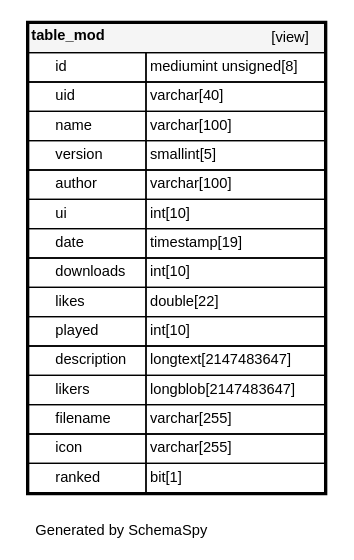
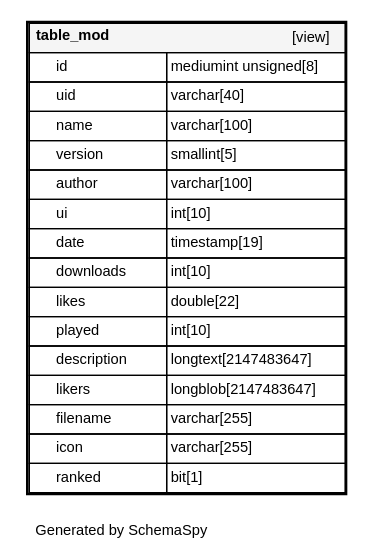
One commit to ta-forever/db changed the diagram in diagrams/tables/table_mod.1degree.dot. Above: the diagram before and after it, drawn with Graphviz. The commit also changed 596 other files, not shown here.

```diff
--- a/diagrams/tables/table_mod.1degree.dot
+++ b/diagrams/tables/table_mod.1degree.dot
@@ -1,27 +1,27 @@
 digraph "oneDegreeRelationshipsDiagram" {
-  graph [    rankdir="RL"    bgcolor="#ffffff"    label="\nGenerated by SchemaSpy"    labeljust="l"    nodesep="0.18"    ranksep="0.46"    fontname="Helvetica"    fontsize="11"    ration="compress"  ];  node [    fontname="Helvetica"    fontsize="11"    shape="plaintext"  ];  edge [    arrowsize="0.8"  ];
+  graph [    rankdir="RL"    bgcolor="#ffffff"    label="\nGenerated by SchemaSpy"    labeljust="l"    nodesep="0.18"    ranksep="0.46"    fontname="Helvetica"    fontsize="11"    packmode="graph"  ];  node [    fontname="Helvetica"    fontsize="11"    shape="plaintext"  ];  edge [    arrowsize="0.8"  ];
   "table_mod" [
    label=<
     <TABLE BORDER="2" CELLBORDER="1" CELLSPACING="0" BGCOLOR="#ffffff">
-      <TR><TD COLSPAN="4"  BGCOLOR="#f5f5f5"><TABLE BORDER="0" CELLSPACING="0"><TR><TD ALIGN="LEFT" FIXEDSIZE="TRUE" WIDTH="62" HEIGHT="16"><B>table_mod</B></TD><TD ALIGN="RIGHT">[view]</TD></TR></TABLE></TD></TR>
-      <TR><TD PORT="id" COLSPAN="2" ALIGN="LEFT"><TABLE BORDER="0" CELLSPACING="0" ALIGN="LEFT"><TR ALIGN="LEFT"><TD ALIGN="LEFT" FIXEDSIZE="TRUE" WIDTH="15" HEIGHT="16"></TD><TD ALIGN="LEFT" FIXEDSIZE="TRUE" WIDTH="67" HEIGHT="16">id</TD></TR></TABLE></TD><TD PORT="id.type" ALIGN="LEFT">mediumint unsigned[8]</TD></TR>
-      <TR><TD PORT="uid" COLSPAN="2" ALIGN="LEFT"><TABLE BORDER="0" CELLSPACING="0" ALIGN="LEFT"><TR ALIGN="LEFT"><TD ALIGN="LEFT" FIXEDSIZE="TRUE" WIDTH="15" HEIGHT="16"></TD><TD ALIGN="LEFT" FIXEDSIZE="TRUE" WIDTH="67" HEIGHT="16">uid</TD></TR></TABLE></TD><TD PORT="uid.type" ALIGN="LEFT">varchar[40]</TD></TR>
-      <TR><TD PORT="name" COLSPAN="2" ALIGN="LEFT"><TABLE BORDER="0" CELLSPACING="0" ALIGN="LEFT"><TR ALIGN="LEFT"><TD ALIGN="LEFT" FIXEDSIZE="TRUE" WIDTH="15" HEIGHT="16"></TD><TD ALIGN="LEFT" FIXEDSIZE="TRUE" WIDTH="67" HEIGHT="16">name</TD></TR></TABLE></TD><TD PORT="name.type" ALIGN="LEFT">varchar[100]</TD></TR>
-      <TR><TD PORT="version" COLSPAN="2" ALIGN="LEFT"><TABLE BORDER="0" CELLSPACING="0" ALIGN="LEFT"><TR ALIGN="LEFT"><TD ALIGN="LEFT" FIXEDSIZE="TRUE" WIDTH="15" HEIGHT="16"></TD><TD ALIGN="LEFT" FIXEDSIZE="TRUE" WIDTH="67" HEIGHT="16">version</TD></TR></TABLE></TD><TD PORT="version.type" ALIGN="LEFT">smallint[5]</TD></TR>
-      <TR><TD PORT="author" COLSPAN="2" ALIGN="LEFT"><TABLE BORDER="0" CELLSPACING="0" ALIGN="LEFT"><TR ALIGN="LEFT"><TD ALIGN="LEFT" FIXEDSIZE="TRUE" WIDTH="15" HEIGHT="16"></TD><TD ALIGN="LEFT" FIXEDSIZE="TRUE" WIDTH="67" HEIGHT="16">author</TD></TR></TABLE></TD><TD PORT="author.type" ALIGN="LEFT">varchar[100]</TD></TR>
-      <TR><TD PORT="ui" COLSPAN="2" ALIGN="LEFT"><TABLE BORDER="0" CELLSPACING="0" ALIGN="LEFT"><TR ALIGN="LEFT"><TD ALIGN="LEFT" FIXEDSIZE="TRUE" WIDTH="15" HEIGHT="16"></TD><TD ALIGN="LEFT" FIXEDSIZE="TRUE" WIDTH="67" HEIGHT="16">ui</TD></TR></TABLE></TD><TD PORT="ui.type" ALIGN="LEFT">int[10]</TD></TR>
-      <TR><TD PORT="date" COLSPAN="2" ALIGN="LEFT"><TABLE BORDER="0" CELLSPACING="0" ALIGN="LEFT"><TR ALIGN="LEFT"><TD ALIGN="LEFT" FIXEDSIZE="TRUE" WIDTH="15" HEIGHT="16"></TD><TD ALIGN="LEFT" FIXEDSIZE="TRUE" WIDTH="67" HEIGHT="16">date</TD></TR></TABLE></TD><TD PORT="date.type" ALIGN="LEFT">timestamp[19]</TD></TR>
-      <TR><TD PORT="downloads" COLSPAN="2" ALIGN="LEFT"><TABLE BORDER="0" CELLSPACING="0" ALIGN="LEFT"><TR ALIGN="LEFT"><TD ALIGN="LEFT" FIXEDSIZE="TRUE" WIDTH="15" HEIGHT="16"></TD><TD ALIGN="LEFT" FIXEDSIZE="TRUE" WIDTH="67" HEIGHT="16">downloads</TD></TR></TABLE></TD><TD PORT="downloads.type" ALIGN="LEFT">int[10]</TD></TR>
-      <TR><TD PORT="likes" COLSPAN="2" ALIGN="LEFT"><TABLE BORDER="0" CELLSPACING="0" ALIGN="LEFT"><TR ALIGN="LEFT"><TD ALIGN="LEFT" FIXEDSIZE="TRUE" WIDTH="15" HEIGHT="16"></TD><TD ALIGN="LEFT" FIXEDSIZE="TRUE" WIDTH="67" HEIGHT="16">likes</TD></TR></TABLE></TD><TD PORT="likes.type" ALIGN="LEFT">double[22]</TD></TR>
-      <TR><TD PORT="played" COLSPAN="2" ALIGN="LEFT"><TABLE BORDER="0" CELLSPACING="0" ALIGN="LEFT"><TR ALIGN="LEFT"><TD ALIGN="LEFT" FIXEDSIZE="TRUE" WIDTH="15" HEIGHT="16"></TD><TD ALIGN="LEFT" FIXEDSIZE="TRUE" WIDTH="67" HEIGHT="16">played</TD></TR></TABLE></TD><TD PORT="played.type" ALIGN="LEFT">int[10]</TD></TR>
-      <TR><TD PORT="description" COLSPAN="2" ALIGN="LEFT"><TABLE BORDER="0" CELLSPACING="0" ALIGN="LEFT"><TR ALIGN="LEFT"><TD ALIGN="LEFT" FIXEDSIZE="TRUE" WIDTH="15" HEIGHT="16"></TD><TD ALIGN="LEFT" FIXEDSIZE="TRUE" WIDTH="67" HEIGHT="16">description</TD></TR></TABLE></TD><TD PORT="description.type" ALIGN="LEFT">longtext[2147483647]</TD></TR>
-      <TR><TD PORT="likers" COLSPAN="2" ALIGN="LEFT"><TABLE BORDER="0" CELLSPACING="0" ALIGN="LEFT"><TR ALIGN="LEFT"><TD ALIGN="LEFT" FIXEDSIZE="TRUE" WIDTH="15" HEIGHT="16"></TD><TD ALIGN="LEFT" FIXEDSIZE="TRUE" WIDTH="67" HEIGHT="16">likers</TD></TR></TABLE></TD><TD PORT="likers.type" ALIGN="LEFT">longblob[2147483647]</TD></TR>
-      <TR><TD PORT="filename" COLSPAN="2" ALIGN="LEFT"><TABLE BORDER="0" CELLSPACING="0" ALIGN="LEFT"><TR ALIGN="LEFT"><TD ALIGN="LEFT" FIXEDSIZE="TRUE" WIDTH="15" HEIGHT="16"></TD><TD ALIGN="LEFT" FIXEDSIZE="TRUE" WIDTH="67" HEIGHT="16">filename</TD></TR></TABLE></TD><TD PORT="filename.type" ALIGN="LEFT">varchar[255]</TD></TR>
-      <TR><TD PORT="icon" COLSPAN="2" ALIGN="LEFT"><TABLE BORDER="0" CELLSPACING="0" ALIGN="LEFT"><TR ALIGN="LEFT"><TD ALIGN="LEFT" FIXEDSIZE="TRUE" WIDTH="15" HEIGHT="16"></TD><TD ALIGN="LEFT" FIXEDSIZE="TRUE" WIDTH="67" HEIGHT="16">icon</TD></TR></TABLE></TD><TD PORT="icon.type" ALIGN="LEFT">varchar[255]</TD></TR>
-      <TR><TD PORT="ranked" COLSPAN="2" ALIGN="LEFT"><TABLE BORDER="0" CELLSPACING="0" ALIGN="LEFT"><TR ALIGN="LEFT"><TD ALIGN="LEFT" FIXEDSIZE="TRUE" WIDTH="15" HEIGHT="16"></TD><TD ALIGN="LEFT" FIXEDSIZE="TRUE" WIDTH="67" HEIGHT="16">ranked</TD></TR></TABLE></TD><TD PORT="ranked.type" ALIGN="LEFT">bit[1]</TD></TR>
+      <TR><TD COLSPAN="4"  BGCOLOR="#f5f5f5"><TABLE BORDER="0" CELLSPACING="0"><TR><TD ALIGN="LEFT" FIXEDSIZE="TRUE" WIDTH="75" HEIGHT="16"><B>table_mod</B></TD><TD ALIGN="RIGHT">[view]</TD></TR></TABLE></TD></TR>
+      <TR><TD PORT="id" COLSPAN="2" ALIGN="LEFT"><TABLE BORDER="0" CELLSPACING="0" ALIGN="LEFT"><TR ALIGN="LEFT"><TD ALIGN="LEFT" FIXEDSIZE="TRUE" WIDTH="15" HEIGHT="16"></TD><TD ALIGN="LEFT" FIXEDSIZE="TRUE" WIDTH="82" HEIGHT="16">id</TD></TR></TABLE></TD><TD PORT="id.type" ALIGN="LEFT">mediumint unsigned[8]</TD></TR>
+      <TR><TD PORT="uid" COLSPAN="2" ALIGN="LEFT"><TABLE BORDER="0" CELLSPACING="0" ALIGN="LEFT"><TR ALIGN="LEFT"><TD ALIGN="LEFT" FIXEDSIZE="TRUE" WIDTH="15" HEIGHT="16"></TD><TD ALIGN="LEFT" FIXEDSIZE="TRUE" WIDTH="82" HEIGHT="16">uid</TD></TR></TABLE></TD><TD PORT="uid.type" ALIGN="LEFT">varchar[40]</TD></TR>
+      <TR><TD PORT="name" COLSPAN="2" ALIGN="LEFT"><TABLE BORDER="0" CELLSPACING="0" ALIGN="LEFT"><TR ALIGN="LEFT"><TD ALIGN="LEFT" FIXEDSIZE="TRUE" WIDTH="15" HEIGHT="16"></TD><TD ALIGN="LEFT" FIXEDSIZE="TRUE" WIDTH="82" HEIGHT="16">name</TD></TR></TABLE></TD><TD PORT="name.type" ALIGN="LEFT">varchar[100]</TD></TR>
+      <TR><TD PORT="version" COLSPAN="2" ALIGN="LEFT"><TABLE BORDER="0" CELLSPACING="0" ALIGN="LEFT"><TR ALIGN="LEFT"><TD ALIGN="LEFT" FIXEDSIZE="TRUE" WIDTH="15" HEIGHT="16"></TD><TD ALIGN="LEFT" FIXEDSIZE="TRUE" WIDTH="82" HEIGHT="16">version</TD></TR></TABLE></TD><TD PORT="version.type" ALIGN="LEFT">smallint[5]</TD></TR>
+      <TR><TD PORT="author" COLSPAN="2" ALIGN="LEFT"><TABLE BORDER="0" CELLSPACING="0" ALIGN="LEFT"><TR ALIGN="LEFT"><TD ALIGN="LEFT" FIXEDSIZE="TRUE" WIDTH="15" HEIGHT="16"></TD><TD ALIGN="LEFT" FIXEDSIZE="TRUE" WIDTH="82" HEIGHT="16">author</TD></TR></TABLE></TD><TD PORT="author.type" ALIGN="LEFT">varchar[100]</TD></TR>
+      <TR><TD PORT="ui" COLSPAN="2" ALIGN="LEFT"><TABLE BORDER="0" CELLSPACING="0" ALIGN="LEFT"><TR ALIGN="LEFT"><TD ALIGN="LEFT" FIXEDSIZE="TRUE" WIDTH="15" HEIGHT="16"></TD><TD ALIGN="LEFT" FIXEDSIZE="TRUE" WIDTH="82" HEIGHT="16">ui</TD></TR></TABLE></TD><TD PORT="ui.type" ALIGN="LEFT">int[10]</TD></TR>
+      <TR><TD PORT="date" COLSPAN="2" ALIGN="LEFT"><TABLE BORDER="0" CELLSPACING="0" ALIGN="LEFT"><TR ALIGN="LEFT"><TD ALIGN="LEFT" FIXEDSIZE="TRUE" WIDTH="15" HEIGHT="16"></TD><TD ALIGN="LEFT" FIXEDSIZE="TRUE" WIDTH="82" HEIGHT="16">date</TD></TR></TABLE></TD><TD PORT="date.type" ALIGN="LEFT">timestamp[19]</TD></TR>
+      <TR><TD PORT="downloads" COLSPAN="2" ALIGN="LEFT"><TABLE BORDER="0" CELLSPACING="0" ALIGN="LEFT"><TR ALIGN="LEFT"><TD ALIGN="LEFT" FIXEDSIZE="TRUE" WIDTH="15" HEIGHT="16"></TD><TD ALIGN="LEFT" FIXEDSIZE="TRUE" WIDTH="82" HEIGHT="16">downloads</TD></TR></TABLE></TD><TD PORT="downloads.type" ALIGN="LEFT">int[10]</TD></TR>
+      <TR><TD PORT="likes" COLSPAN="2" ALIGN="LEFT"><TABLE BORDER="0" CELLSPACING="0" ALIGN="LEFT"><TR ALIGN="LEFT"><TD ALIGN="LEFT" FIXEDSIZE="TRUE" WIDTH="15" HEIGHT="16"></TD><TD ALIGN="LEFT" FIXEDSIZE="TRUE" WIDTH="82" HEIGHT="16">likes</TD></TR></TABLE></TD><TD PORT="likes.type" ALIGN="LEFT">double[22]</TD></TR>
+      <TR><TD PORT="played" COLSPAN="2" ALIGN="LEFT"><TABLE BORDER="0" CELLSPACING="0" ALIGN="LEFT"><TR ALIGN="LEFT"><TD ALIGN="LEFT" FIXEDSIZE="TRUE" WIDTH="15" HEIGHT="16"></TD><TD ALIGN="LEFT" FIXEDSIZE="TRUE" WIDTH="82" HEIGHT="16">played</TD></TR></TABLE></TD><TD PORT="played.type" ALIGN="LEFT">int[10]</TD></TR>
+      <TR><TD PORT="description" COLSPAN="2" ALIGN="LEFT"><TABLE BORDER="0" CELLSPACING="0" ALIGN="LEFT"><TR ALIGN="LEFT"><TD ALIGN="LEFT" FIXEDSIZE="TRUE" WIDTH="15" HEIGHT="16"></TD><TD ALIGN="LEFT" FIXEDSIZE="TRUE" WIDTH="82" HEIGHT="16">description</TD></TR></TABLE></TD><TD PORT="description.type" ALIGN="LEFT">longtext[2147483647]</TD></TR>
+      <TR><TD PORT="likers" COLSPAN="2" ALIGN="LEFT"><TABLE BORDER="0" CELLSPACING="0" ALIGN="LEFT"><TR ALIGN="LEFT"><TD ALIGN="LEFT" FIXEDSIZE="TRUE" WIDTH="15" HEIGHT="16"></TD><TD ALIGN="LEFT" FIXEDSIZE="TRUE" WIDTH="82" HEIGHT="16">likers</TD></TR></TABLE></TD><TD PORT="likers.type" ALIGN="LEFT">longblob[2147483647]</TD></TR>
+      <TR><TD PORT="filename" COLSPAN="2" ALIGN="LEFT"><TABLE BORDER="0" CELLSPACING="0" ALIGN="LEFT"><TR ALIGN="LEFT"><TD ALIGN="LEFT" FIXEDSIZE="TRUE" WIDTH="15" HEIGHT="16"></TD><TD ALIGN="LEFT" FIXEDSIZE="TRUE" WIDTH="82" HEIGHT="16">filename</TD></TR></TABLE></TD><TD PORT="filename.type" ALIGN="LEFT">varchar[255]</TD></TR>
+      <TR><TD PORT="icon" COLSPAN="2" ALIGN="LEFT"><TABLE BORDER="0" CELLSPACING="0" ALIGN="LEFT"><TR ALIGN="LEFT"><TD ALIGN="LEFT" FIXEDSIZE="TRUE" WIDTH="15" HEIGHT="16"></TD><TD ALIGN="LEFT" FIXEDSIZE="TRUE" WIDTH="82" HEIGHT="16">icon</TD></TR></TABLE></TD><TD PORT="icon.type" ALIGN="LEFT">varchar[255]</TD></TR>
+      <TR><TD PORT="ranked" COLSPAN="2" ALIGN="LEFT"><TABLE BORDER="0" CELLSPACING="0" ALIGN="LEFT"><TR ALIGN="LEFT"><TD ALIGN="LEFT" FIXEDSIZE="TRUE" WIDTH="15" HEIGHT="16"></TD><TD ALIGN="LEFT" FIXEDSIZE="TRUE" WIDTH="82" HEIGHT="16">ranked</TD></TR></TABLE></TD><TD PORT="ranked.type" ALIGN="LEFT">bit[1]</TD></TR>
     </TABLE>>
     URL="table_mod.html"
     target="_top"
     tooltip="table_mod"
   ];
 }
```
